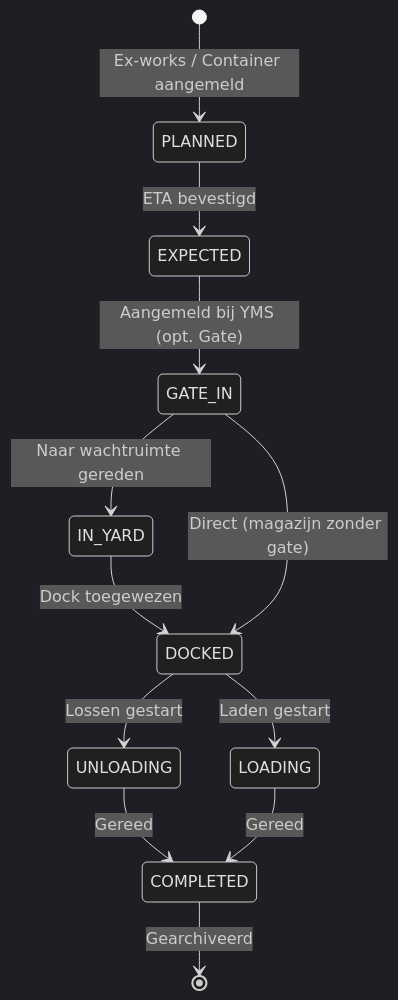
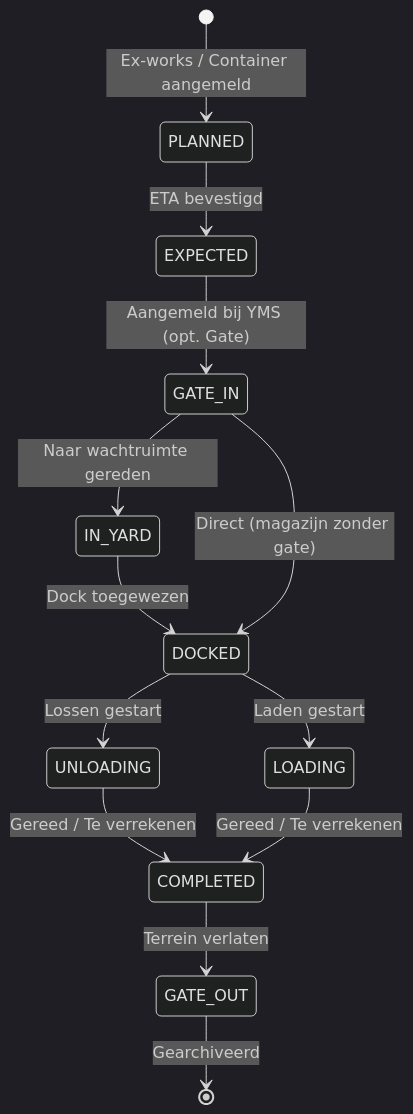
One commit to holts073/yms-project changed the second of 2 diagrams in ARCHITECTURE.md. Above: the diagram before and after it, drawn with Mermaid (dark theme). The commit also changed other lines of this file and 48 other files, not shown here.

````diff
--- a/ARCHITECTURE.md
+++ b/ARCHITECTURE.md
@@ -24,14 +66,15 @@
 ```mermaid
 stateDiagram-v2
     [*] --> PLANNED : Ex-works / Container aangemeld
     PLANNED --> EXPECTED : ETA bevestigd
     EXPECTED --> GATE_IN : Aangemeld bij YMS (opt. Gate)
     GATE_IN --> IN_YARD : Naar wachtruimte gereden
     IN_YARD --> DOCKED : Dock toegewezen
     GATE_IN --> DOCKED : Direct (magazijn zonder gate)
     DOCKED --> UNLOADING : Lossen gestart
     DOCKED --> LOADING : Laden gestart
-    UNLOADING --> COMPLETED : Gereed
-    LOADING --> COMPLETED : Gereed
-    COMPLETED --> [*] : Gearchiveerd
+    UNLOADING --> COMPLETED : Gereed / Te verrekenen
+    LOADING --> COMPLETED : Gereed / Te verrekenen
+    COMPLETED --> GATE_OUT : Terrein verlaten
+    GATE_OUT --> [*] : Gearchiveerd
 ```
````
